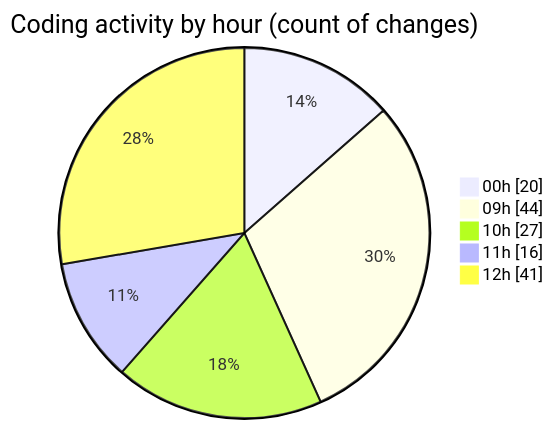
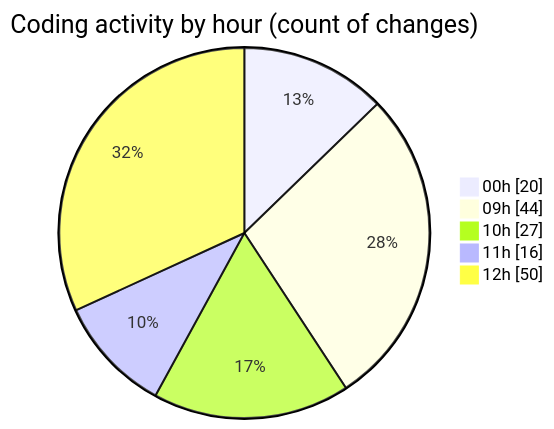
One commit to momahboobian/code-tracking changed the second of 2 diagrams in 2025-03-19/cda/README.md. Above: the diagram before and after it, drawn with Mermaid. The commit also changed other lines of this file and 1 other file, not shown here.

````diff
--- a/2025-03-19/cda/README.md
+++ b/2025-03-19/cda/README.md
@@ -32,9 +32,9 @@
 ```mermaid
 pie showData
 title Coding activity by hour (count of changes)
 "00h" : 20
 "09h" : 44
 "10h" : 27
 "11h" : 16
-"12h" : 41
+"12h" : 50
 ```
````
